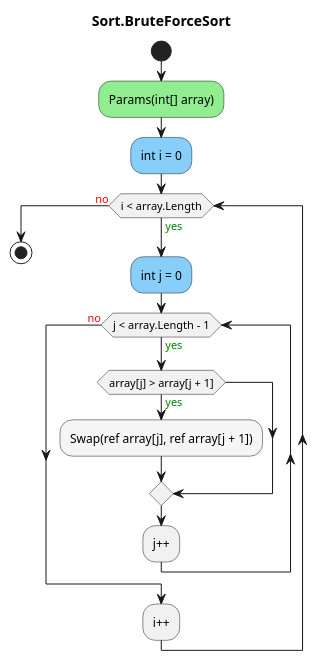
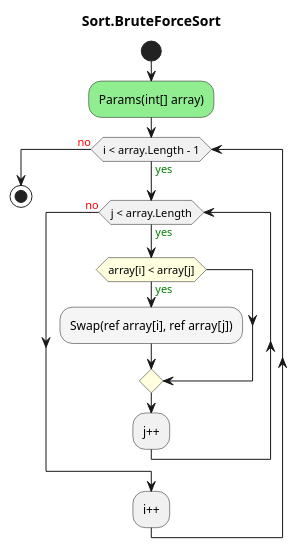
The diagram in SortingAlgorithms.ConApp/diagrams/ac_Sort_BruteForceSort.puml (leoggehrer/2324-34_ABIF_ACIF_POSE), drawn with PlantUML before and after one commit. The commit also changed 13 other files, not shown here.

Commit message:
Generate sort diagrams.

```diff
--- a/SortingAlgorithms.ConApp/diagrams/ac_Sort_BruteForceSort.puml
+++ b/SortingAlgorithms.ConApp/diagrams/ac_Sort_BruteForceSort.puml
@@ -1,17 +1,15 @@
 @startuml Sort.BruteForceSort
 title Sort.BruteForceSort
 start
 #LightGreen:Params(int[] array);
-#LightSkyBlue:int i = 0;
-while (i < array.Length) is (<color:green>yes)
-        #LightSkyBlue:int j = 0;
-        while (j < array.Length - 1) is (<color:green>yes)
-                if (array[j] > array[j + 1]) then (<color:green>yes)
-                        #WhiteSmoke:Swap(ref array[j], ref array[j + 1]);
+while (i < array.Length - 1) is (<color:green>yes)
+        while (j < array.Length) is (<color:green>yes)
+                #LightYellow:if (array[i] < array[j]) then (<color:green>yes)
+                        #WhiteSmoke:Swap(ref array[i], ref array[j]);
                 endif
         :j++;
         endwhile (<color:red>no)
 :i++;
 endwhile (<color:red>no)
 stop
 @enduml
```
